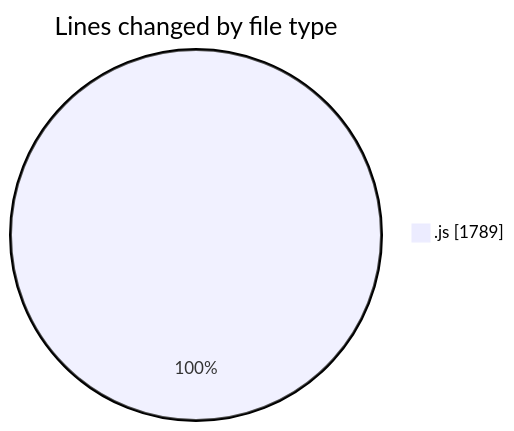
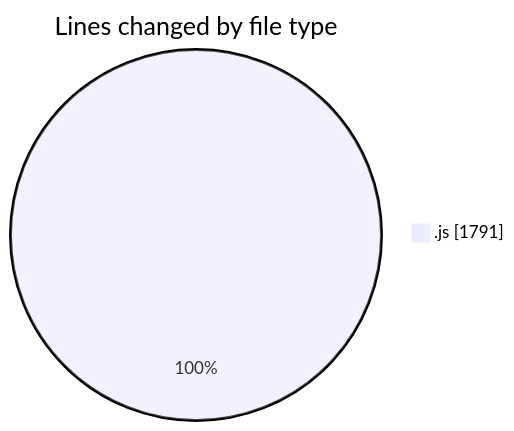
The first of 2 diagrams in 2025-04-03/jsvms/README.md (BS-eng2023/code-tracking), drawn with Mermaid before and after one commit. The commit also changed other lines of this file and 1 other file, not shown here.

````diff
--- a/2025-04-03/jsvms/README.md
+++ b/2025-04-03/jsvms/README.md
@@ -31,5 +31,5 @@
 ```mermaid
 pie showData
 title Lines changed by file type
-".js" : 1789
+".js" : 1791
 ```
````
